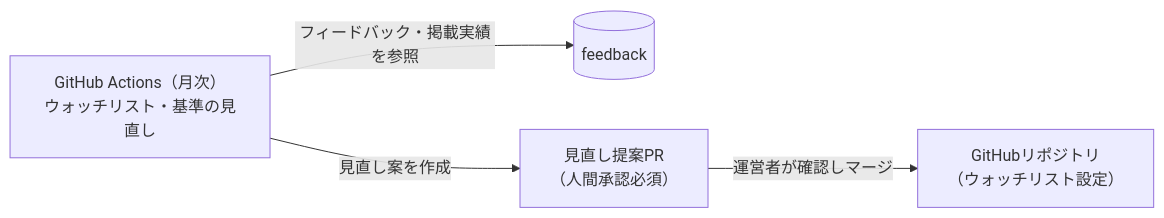
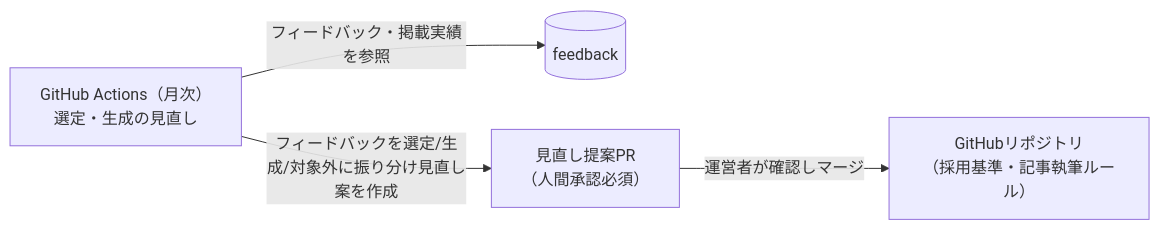
One commit to zakiyama0108/benriyatool changed the fourth of 6 diagrams in specs/ai-dev-digest/architecture.md. Above: the diagram before and after it, drawn with Mermaid. The commit also changed other lines of this file and 5 other files, not shown here.

````diff
--- a/specs/ai-dev-digest/architecture.md
+++ b/specs/ai-dev-digest/architecture.md
@@ -84,11 +84,11 @@
 ```mermaid
 flowchart LR
-    monthlyRoutine["GitHub Actions（月次）<br>ウォッチリスト・基準の見直し"]
+    monthlyRoutine["GitHub Actions（月次）<br>選定・生成の見直し"]
     feedbackDb[("feedback")]
     reviewPR["見直し提案PR<br>（人間承認必須）"]
-    repo["GitHubリポジトリ<br>（ウォッチリスト設定）"]
+    repo["GitHubリポジトリ<br>（採用基準・記事執筆ルール）"]
 
     monthlyRoutine -->|フィードバック・掲載実績を参照| feedbackDb
-    monthlyRoutine -->|見直し案を作成| reviewPR
+    monthlyRoutine -->|フィードバックを選定/生成/対象外に振り分け見直し案を作成| reviewPR
     reviewPR -->|運営者が確認しマージ| repo
 ```
````
